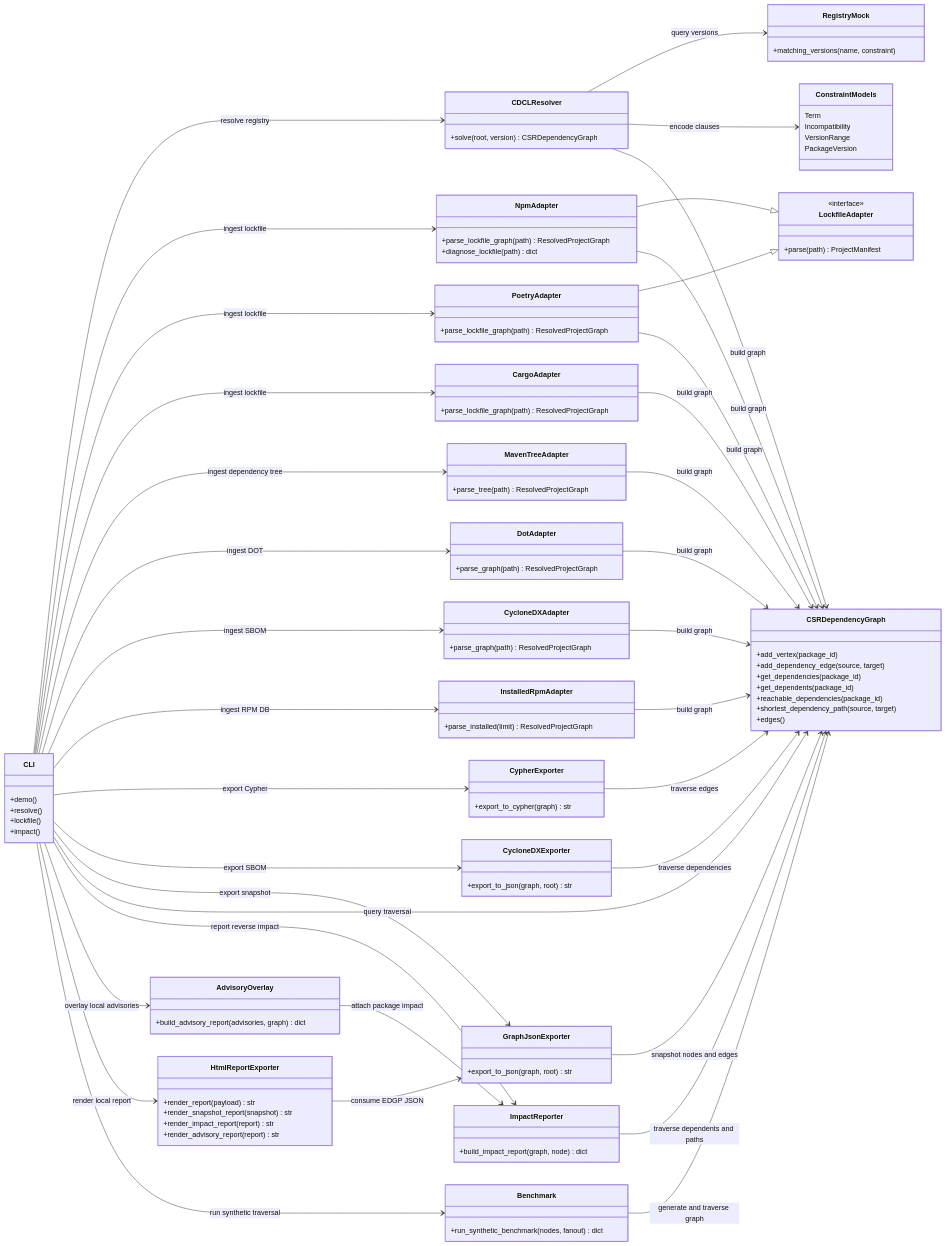
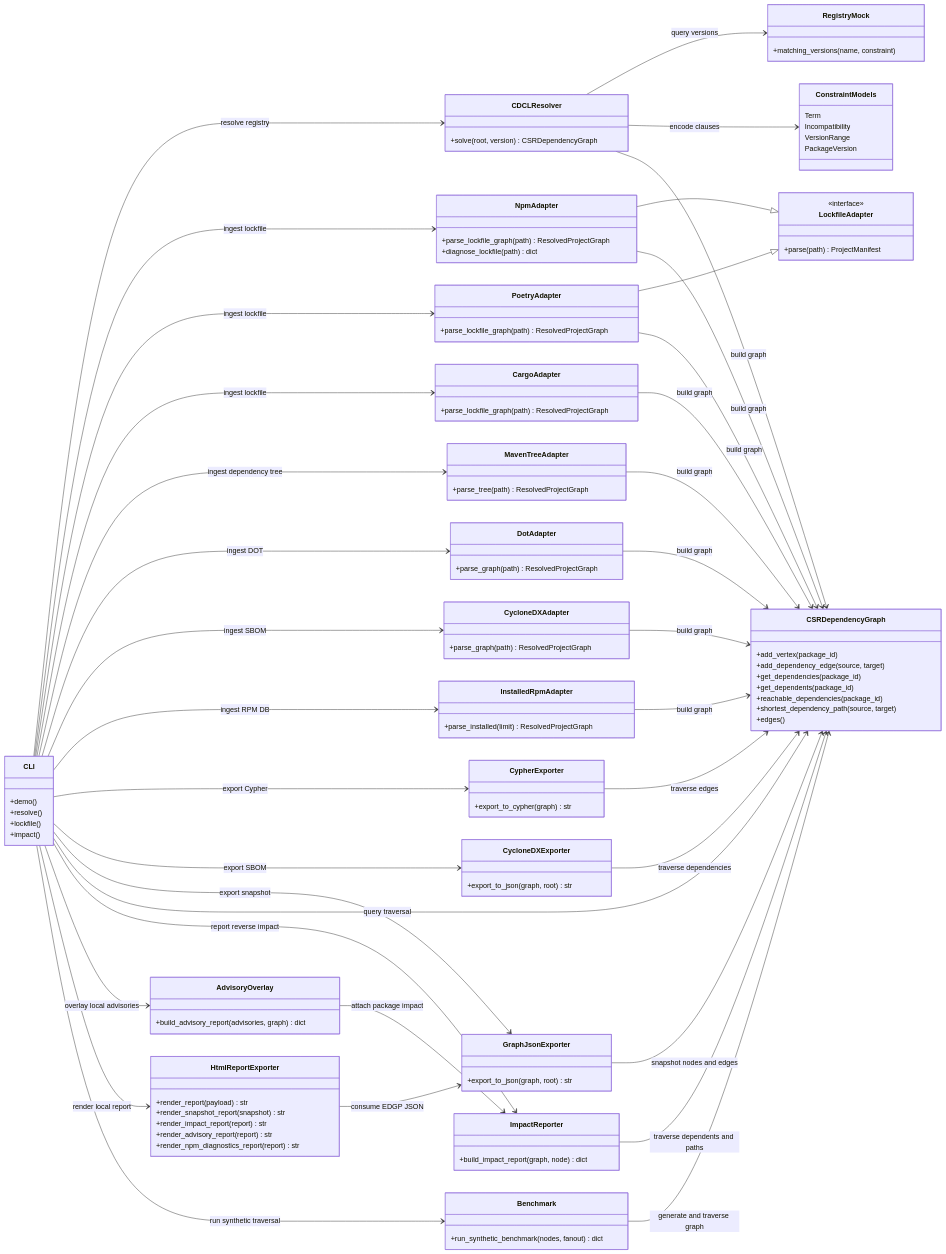
One commit to xsub/EnterpriseLinux-SoftwareSupplyChain changed the first of 2 diagrams in README.md. Above: the diagram before and after it, drawn with Mermaid. The commit also changed other lines of this file and 6 other files, not shown here.

Commit message:
Render npm diagnostics HTML reports

```diff
--- a/README.md
+++ b/README.md
@@ -229,6 +230,7 @@
   +render_snapshot_report(snapshot) str
   +render_impact_report(report) str
   +render_advisory_report(report) str
+  +render_npm_diagnostics_report(report) str
 }
 class Benchmark {
   +run_synthetic_benchmark(nodes, fanout) dict
```
